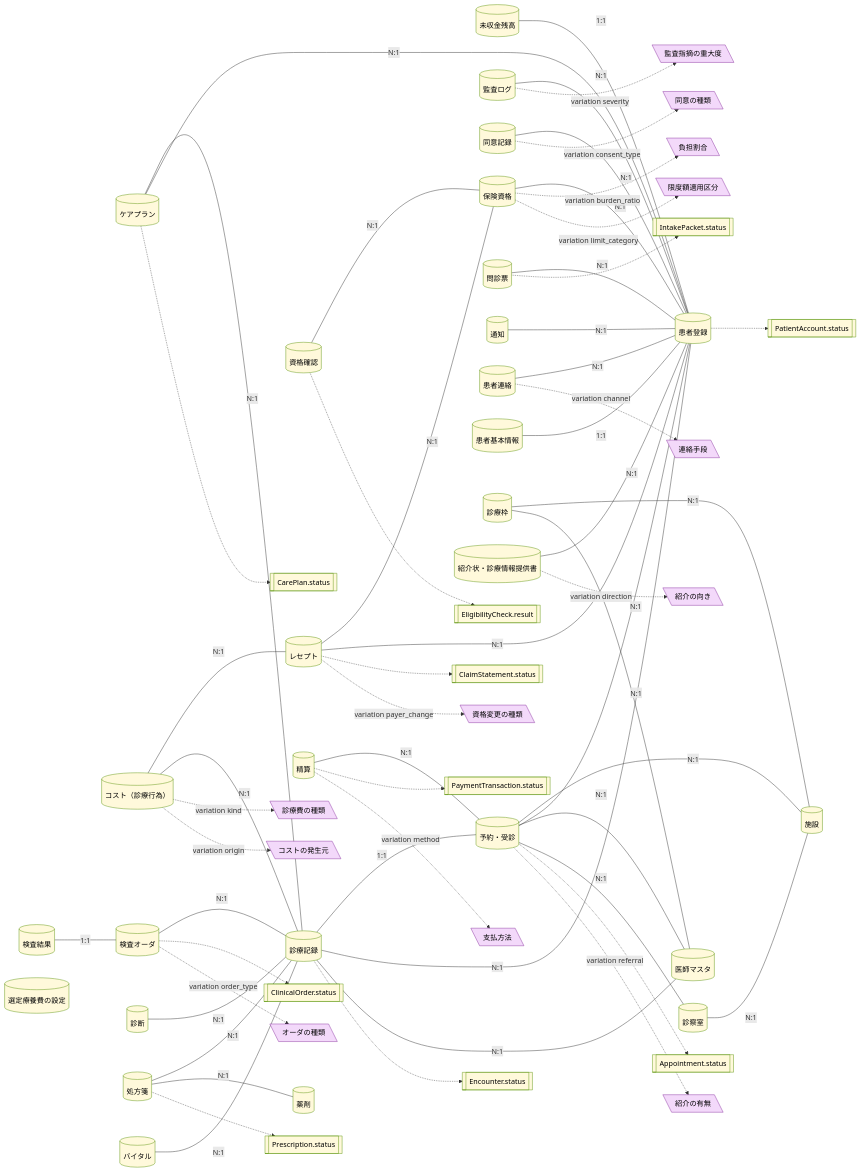
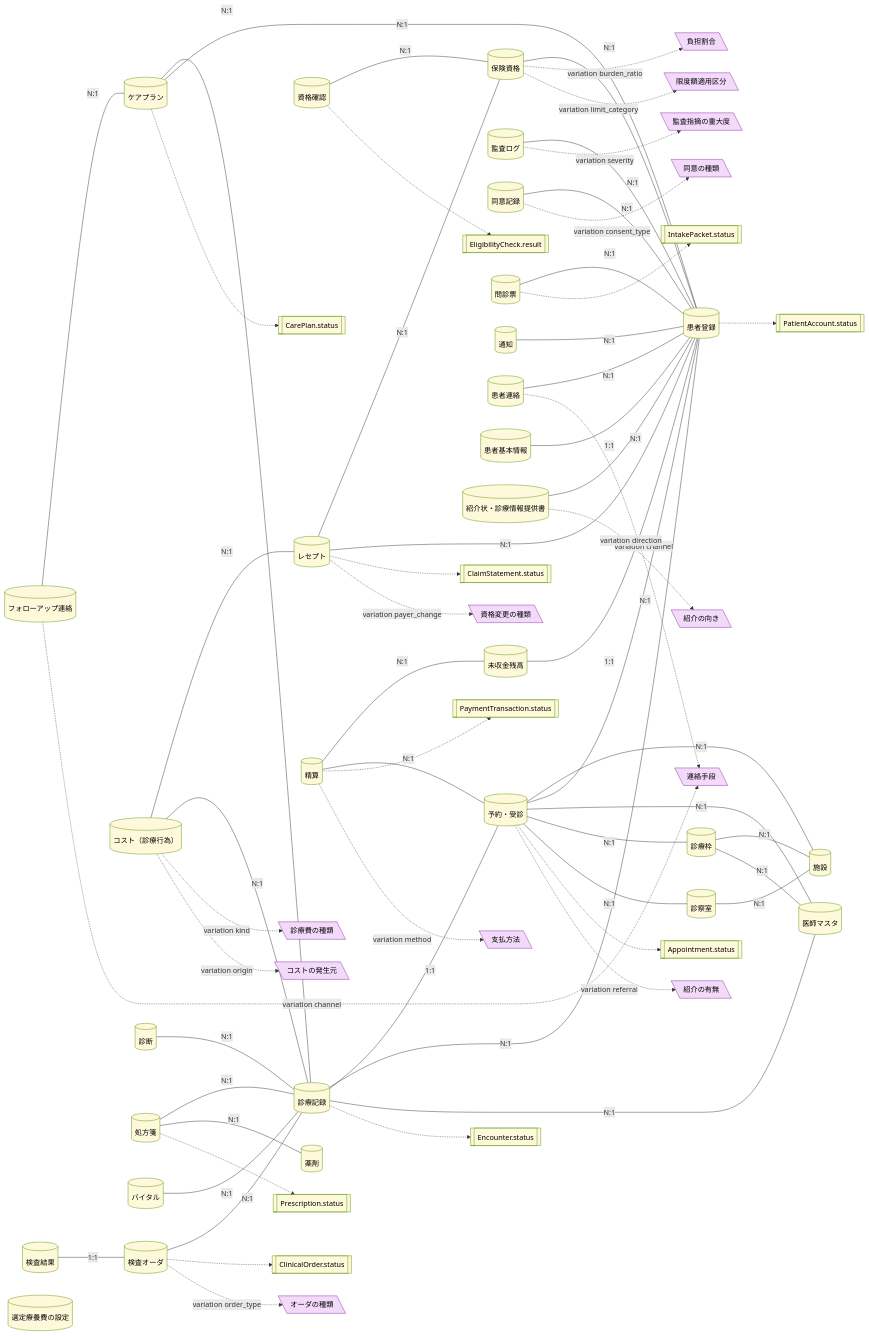
The diagram in samples/clinic-ops/out/information.mmd (manji-0/rdra-ish-dsl), drawn with Mermaid before and after one commit. The commit also changed 19 other files, not shown here.

```diff
--- a/samples/clinic-ops/out/information.mmd
+++ b/samples/clinic-ops/out/information.mmd
@@ -1,112 +1,117 @@
 %% rdra-ish diagram=information scope=whole model=samples/clinic-ops
 %% kinds: entity statemodel variation
 %% omitted: columns adr constraint usecase screen field api condition
 flowchart LR
   entity__AccountBalance[("未収金残高")]:::entity
   entity__Appointment[("予約・受診")]:::entity
   entity__AuditEvent[("監査ログ")]:::entity
   entity__CarePlan[("ケアプラン")]:::entity
   entity__Charge[("コスト（診療行為）")]:::entity
   entity__ClaimStatement[("レセプト")]:::entity
   entity__ClinicLocation[("施設")]:::entity
   entity__ClinicalOrder[("検査オーダ")]:::entity
   entity__ConsentRecord[("同意記録")]:::entity
   entity__Diagnosis[("診断")]:::entity
   entity__EligibilityCheck[("資格確認")]:::entity
   entity__Encounter[("診療記録")]:::entity
+  entity__FollowUpMessage[("フォローアップ連絡")]:::entity
   entity__InsurancePolicy[("保険資格")]:::entity
   entity__IntakePacket[("問診票")]:::entity
   entity__LabResult[("検査結果")]:::entity
   entity__Medication[("薬剤")]:::entity
   entity__Notification[("通知")]:::entity
   entity__PatientAccount[("患者登録")]:::entity
   entity__PatientMessage[("患者連絡")]:::entity
   entity__PatientProfile[("患者基本情報")]:::entity
   entity__PaymentTransaction[("精算")]:::entity
   entity__Prescription[("処方箋")]:::entity
   entity__Provider[("医師マスタ")]:::entity
   entity__ProviderSchedule[("診療枠")]:::entity
   entity__ReferralLetter[("紹介状・診療情報提供書")]:::entity
   entity__Room[("診察室")]:::entity
   entity__SelectedTreatmentFeeSetting[("選定療養費の設定")]:::entity
   entity__VitalSign[("バイタル")]:::entity
   statemodel__Appointment_status[["Appointment.status"]]:::statemodel
   statemodel__CarePlan_status[["CarePlan.status"]]:::statemodel
   statemodel__ClaimStatement_status[["ClaimStatement.status"]]:::statemodel
   statemodel__ClinicalOrder_status[["ClinicalOrder.status"]]:::statemodel
   statemodel__EligibilityCheck_result[["EligibilityCheck.result"]]:::statemodel
   statemodel__Encounter_status[["Encounter.status"]]:::statemodel
   statemodel__IntakePacket_status[["IntakePacket.status"]]:::statemodel
   statemodel__PatientAccount_status[["PatientAccount.status"]]:::statemodel
   statemodel__PaymentTransaction_status[["PaymentTransaction.status"]]:::statemodel
   statemodel__Prescription_status[["Prescription.status"]]:::statemodel
   variation__AuditSeverity[\"監査指摘の重大度"\]:::variation
   variation__BurdenRatio[\"負担割合"\]:::variation
   variation__ChargeKind[\"診療費の種類"\]:::variation
   variation__ChargeOrigin[\"コストの発生元"\]:::variation
   variation__ConsentType[\"同意の種類"\]:::variation
   variation__LimitCategory[\"限度額適用区分"\]:::variation
   variation__MessageChannel[\"連絡手段"\]:::variation
   variation__OrderType[\"オーダの種類"\]:::variation
   variation__PayerChange[\"資格変更の種類"\]:::variation
   variation__PaymentMethod[\"支払方法"\]:::variation
   variation__ReferralCategory[\"紹介の有無"\]:::variation
   variation__ReferralDirection[\"紹介の向き"\]:::variation
   entity__AccountBalance ---|1:1| entity__PatientAccount
   entity__Appointment ---|N:1| entity__ClinicLocation
   entity__Appointment ---|N:1| entity__PatientAccount
   entity__Appointment ---|N:1| entity__Provider
+  entity__Appointment ---|N:1| entity__ProviderSchedule
   entity__Appointment ---|N:1| entity__Room
   entity__Appointment -.-> statemodel__Appointment_status
   entity__Appointment -.->|variation referral| variation__ReferralCategory
   entity__AuditEvent ---|N:1| entity__PatientAccount
   entity__AuditEvent -.->|variation severity| variation__AuditSeverity
   entity__CarePlan ---|N:1| entity__Encounter
   entity__CarePlan ---|N:1| entity__PatientAccount
   entity__CarePlan -.-> statemodel__CarePlan_status
   entity__Charge ---|N:1| entity__ClaimStatement
   entity__Charge ---|N:1| entity__Encounter
   entity__Charge -.->|variation kind| variation__ChargeKind
   entity__Charge -.->|variation origin| variation__ChargeOrigin
   entity__ClaimStatement ---|N:1| entity__InsurancePolicy
   entity__ClaimStatement ---|N:1| entity__PatientAccount
   entity__ClaimStatement -.-> statemodel__ClaimStatement_status
   entity__ClaimStatement -.->|variation payer_change| variation__PayerChange
   entity__ClinicalOrder ---|N:1| entity__Encounter
   entity__ClinicalOrder -.-> statemodel__ClinicalOrder_status
   entity__ClinicalOrder -.->|variation order_type| variation__OrderType
   entity__ConsentRecord ---|N:1| entity__PatientAccount
   entity__ConsentRecord -.->|variation consent_type| variation__ConsentType
   entity__Diagnosis ---|N:1| entity__Encounter
   entity__EligibilityCheck ---|N:1| entity__InsurancePolicy
   entity__EligibilityCheck -.-> statemodel__EligibilityCheck_result
   entity__Encounter ---|1:1| entity__Appointment
   entity__Encounter ---|N:1| entity__PatientAccount
   entity__Encounter ---|N:1| entity__Provider
   entity__Encounter -.-> statemodel__Encounter_status
+  entity__FollowUpMessage ---|N:1| entity__CarePlan
+  entity__FollowUpMessage -.->|variation channel| variation__MessageChannel
   entity__InsurancePolicy ---|N:1| entity__PatientAccount
   entity__InsurancePolicy -.->|variation burden_ratio| variation__BurdenRatio
   entity__InsurancePolicy -.->|variation limit_category| variation__LimitCategory
   entity__IntakePacket ---|N:1| entity__PatientAccount
   entity__IntakePacket -.-> statemodel__IntakePacket_status
   entity__LabResult ---|1:1| entity__ClinicalOrder
   entity__Notification ---|N:1| entity__PatientAccount
   entity__PatientAccount -.-> statemodel__PatientAccount_status
   entity__PatientMessage ---|N:1| entity__PatientAccount
   entity__PatientMessage -.->|variation channel| variation__MessageChannel
   entity__PatientProfile ---|1:1| entity__PatientAccount
+  entity__PaymentTransaction ---|N:1| entity__AccountBalance
   entity__PaymentTransaction ---|N:1| entity__Appointment
   entity__PaymentTransaction -.-> statemodel__PaymentTransaction_status
   entity__PaymentTransaction -.->|variation method| variation__PaymentMethod
   entity__Prescription ---|N:1| entity__Encounter
   entity__Prescription ---|N:1| entity__Medication
   entity__Prescription -.-> statemodel__Prescription_status
   entity__ProviderSchedule ---|N:1| entity__ClinicLocation
   entity__ProviderSchedule ---|N:1| entity__Provider
   entity__ReferralLetter ---|N:1| entity__PatientAccount
   entity__ReferralLetter -.->|variation direction| variation__ReferralDirection
   entity__Room ---|N:1| entity__ClinicLocation
   entity__VitalSign ---|N:1| entity__Encounter
   classDef entity fill:#fff9db,stroke:#5c940d,color:#000;
   classDef statemodel fill:#fff9db,stroke:#5c940d,color:#000;
   classDef variation fill:#f3d9fa,stroke:#862e9c,color:#000;
```
